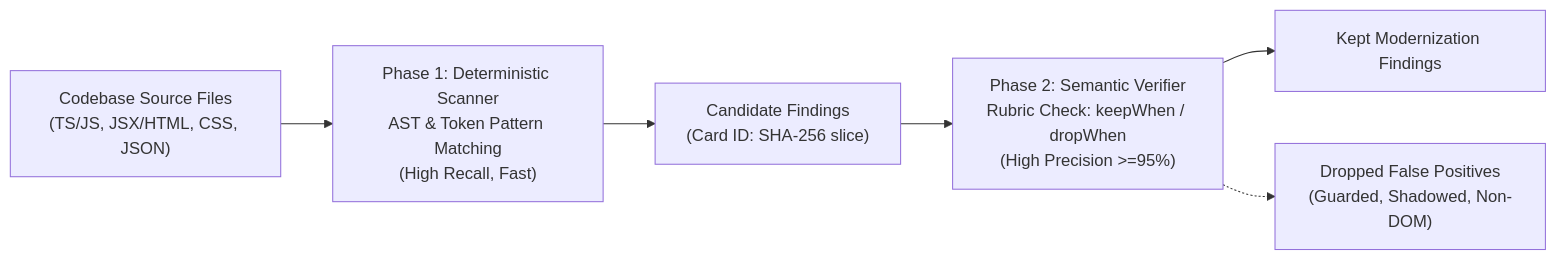
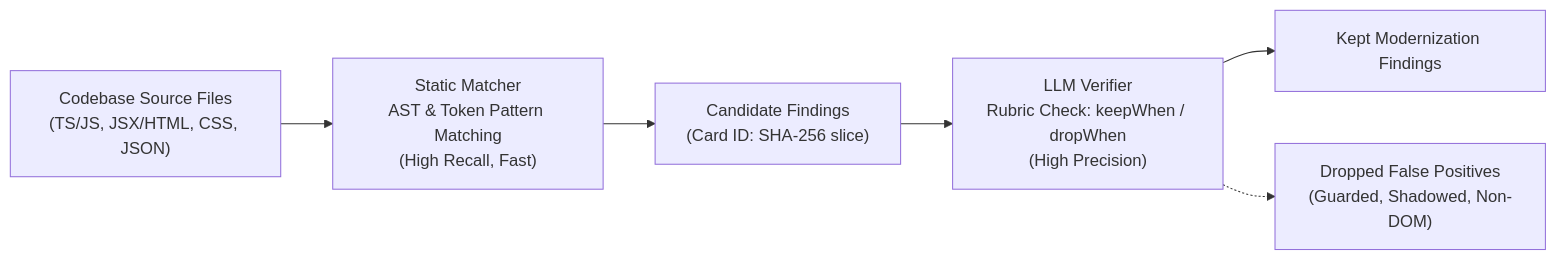
Before and after one commit to GoogleChrome/modern-web-guidance-src: the second of 2 diagrams in src/analyzing/README.md, drawn with Mermaid. The commit also changed other lines of this file and 2 other files, not shown here.

````diff
--- a/src/analyzing/README.md
+++ b/src/analyzing/README.md
@@ -107,8 +109,8 @@
 ```mermaid
 flowchart LR
-    Source["Codebase Source Files<br/>(TS/JS, JSX/HTML, CSS, JSON)"] --> P1["Phase 1: Deterministic Scanner<br/>AST & Token Pattern Matching<br/>(High Recall, Fast)"]
+    Source["Codebase Source Files<br/>(TS/JS, JSX/HTML, CSS, JSON)"] --> P1["Static Matcher<br/>AST & Token Pattern Matching<br/>(High Recall, Fast)"]
     P1 --> RawCards["Candidate Findings<br/>(Card ID: SHA-256 slice)"]
-    RawCards --> P2["Phase 2: Semantic Verifier<br/>Rubric Check: keepWhen / dropWhen<br/>(High Precision &gt;=95%)"]
+    RawCards --> P2["LLM Verifier<br/>Rubric Check: keepWhen / dropWhen<br/>(High Precision)"]
     P2 --> Kept["Kept Modernization Findings"]
     P2 -.-> Dropped["Dropped False Positives<br/>(Guarded, Shadowed, Non-DOM)"]
 ```
````
